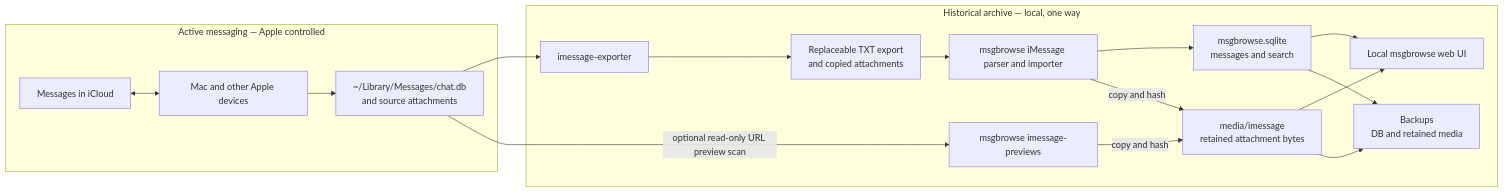
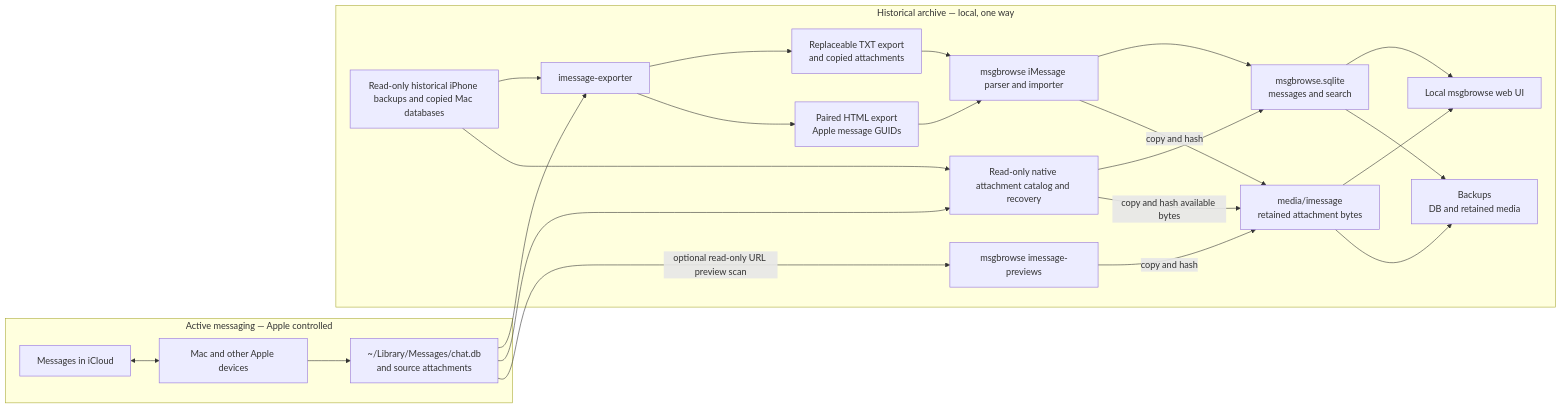
One commit to drew-wks/msgbrowse changed the diagram in docs/ARCHITECTURE.md. Above: the diagram before and after it, drawn with Mermaid. The commit also changed other lines of this file and 17 other files, not shown here.

Commit message:
Implement GUID-aware historical iMessage reconstruction

````diff
--- a/docs/ARCHITECTURE.md
+++ b/docs/ARCHITECTURE.md
@@ -25,22 +25,31 @@
 ```mermaid
 flowchart LR
   subgraph Active[Active messaging — Apple controlled]
     Cloud[Messages in iCloud] <--> Devices[Mac and other Apple devices]
     Devices --> ChatDB["~/Library/Messages/chat.db<br/>and source attachments"]
   end
+  BackupSource[Read-only historical iPhone backups and copied Mac databases]
   subgraph Archive[Historical archive — local, one way]
     Exporter[imessage-exporter]
     Export["Replaceable TXT export<br/>and copied attachments"]
+    GUID["Paired HTML export<br/>Apple message GUIDs"]
     Ingest[msgbrowse iMessage parser and importer]
     DB["msgbrowse.sqlite<br/>messages and search"]
     Media["media/imessage<br/>retained attachment bytes"]
     Backup["Backups<br/>DB and retained media"]
+    Native[Read-only native attachment catalog and recovery]
     UI[Local msgbrowse web UI]
     ChatDB --> Exporter --> Export --> Ingest --> DB --> UI
+    BackupSource --> Exporter
+    BackupSource --> Native
+    ChatDB --> Native
+    Native --> DB
+    Native -->|copy and hash available bytes| Media
+    Exporter --> GUID --> Ingest
     ChatDB -->|optional read-only URL preview scan| Preview[msgbrowse imessage-previews]
     Preview -->|copy and hash| Media
     Ingest -->|copy and hash| Media --> UI
     DB --> Backup
     Media --> Backup
   end
 ```
````
